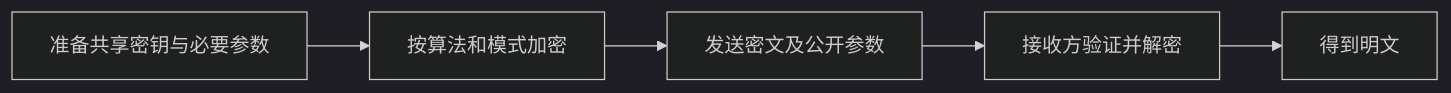
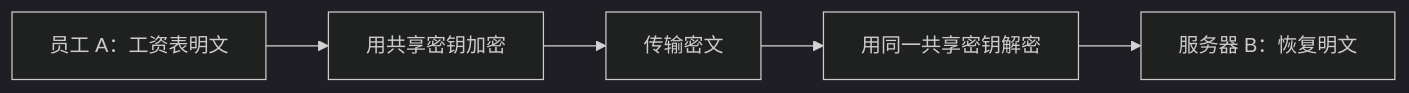
Before and after one commit to 74262195/system-architect-notes: the first of 2 diagrams in 01_综合知识/03_信息安全技术/01_密码学与PKI/对称加密.md, drawn with Mermaid (dark theme). The commit also changed other lines of this file, not shown here.

```diff
--- a/01_综合知识/03_信息安全技术/01_密码学与PKI/对称加密.md
+++ b/01_综合知识/03_信息安全技术/01_密码学与PKI/对称加密.md
@@ -56,7 +43,7 @@
 ~~~mermaid
 flowchart LR
-    A[准备共享密钥与必要参数] --> B[按算法和模式加密]
-    B --> C[发送密文及公开参数]
-    C --> D[接收方验证并解密]
-    D --> E[得到明文]
+    A[员工 A：工资表明文] --> B[用共享密钥加密]
+    B --> C[传输密文]
+    C --> D[用同一共享密钥解密]
+    D --> E[服务器 B：恢复明文]
 ~~~
```
